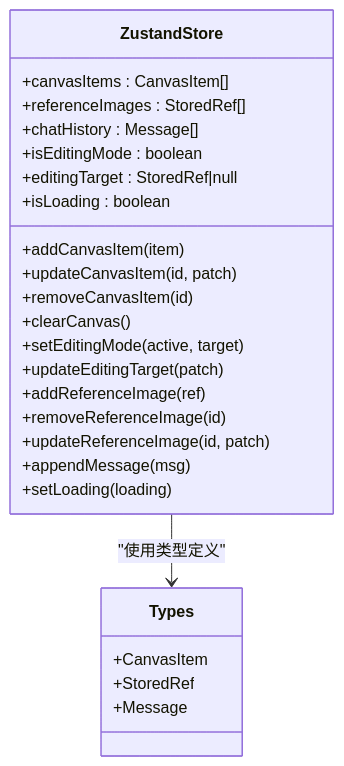
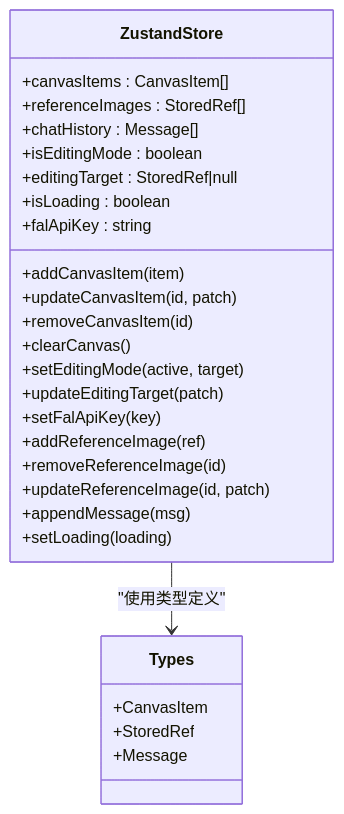
The fifth of 11 diagrams in .qoder/repowiki/zh/content/核心功能模块/AI API 集成.md (billye220670/BananaFlow2), drawn with Mermaid before and after one commit. The commit also changed other lines of this file and 7 other files, not shown here.

Commit message:
修复效果 auto 模式：FAL API 收到 'auto'，由模型自行决定最佳比例，生成后用实际宽高更新显示 指定比例（如 16:9、9:16 等）：正确传递，不再被覆盖为 1:1 占位图阶段：auto 时默认正方形占位，生成完成后自动更新为实际比例

````diff
--- a/.qoder/repowiki/zh/content/核心功能模块/AI API 集成.md
+++ b/.qoder/repowiki/zh/content/核心功能模块/AI API 集成.md
@@ -192,28 +212,30 @@
 ```mermaid
 classDiagram
 class ZustandStore {
 +canvasItems : CanvasItem[]
 +referenceImages : StoredRef[]
 +chatHistory : Message[]
 +isEditingMode : boolean
 +editingTarget : StoredRef|null
 +isLoading : boolean
++falApiKey : string
 +addCanvasItem(item)
 +updateCanvasItem(id, patch)
 +removeCanvasItem(id)
 +clearCanvas()
 +setEditingMode(active, target)
 +updateEditingTarget(patch)
++setFalApiKey(key)
 +addReferenceImage(ref)
 +removeReferenceImage(id)
 +updateReferenceImage(id, patch)
 +appendMessage(msg)
 +setLoading(loading)
 }
 class Types {
 +CanvasItem
 +StoredRef
 +Message
 }
 ZustandStore --> Types : "使用类型定义"
 ```
````
